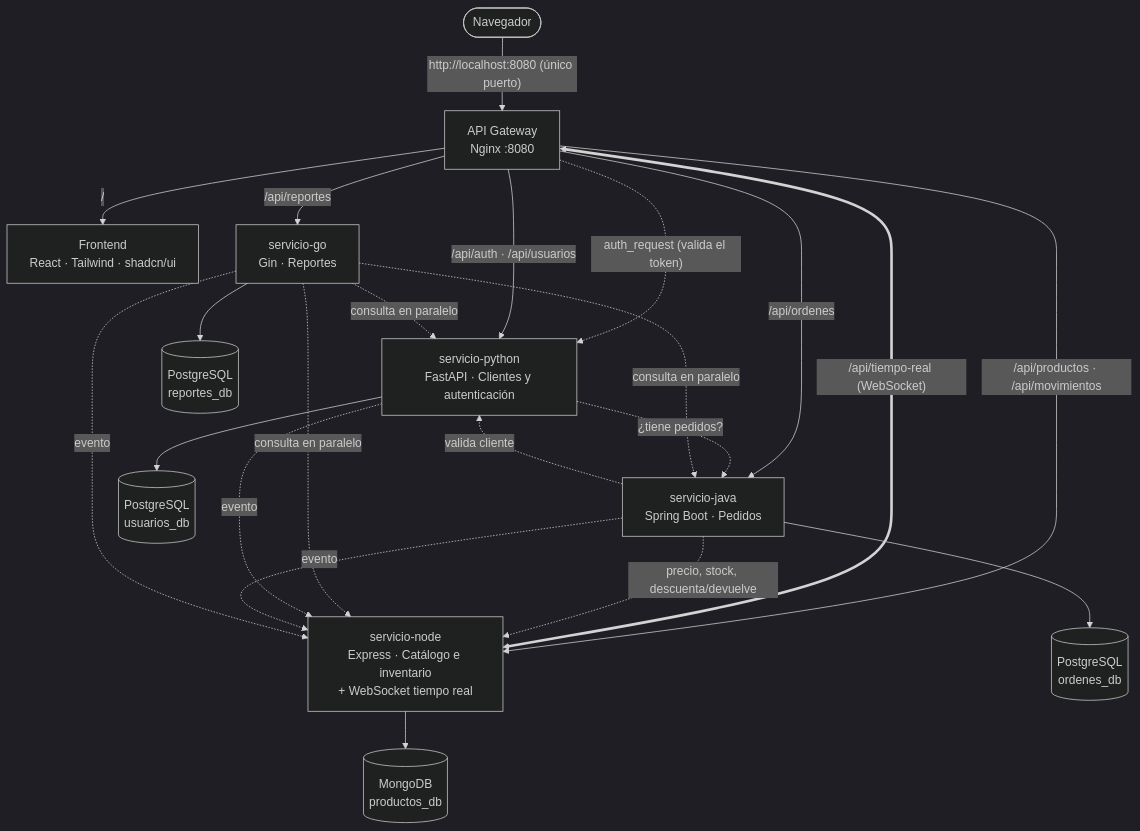
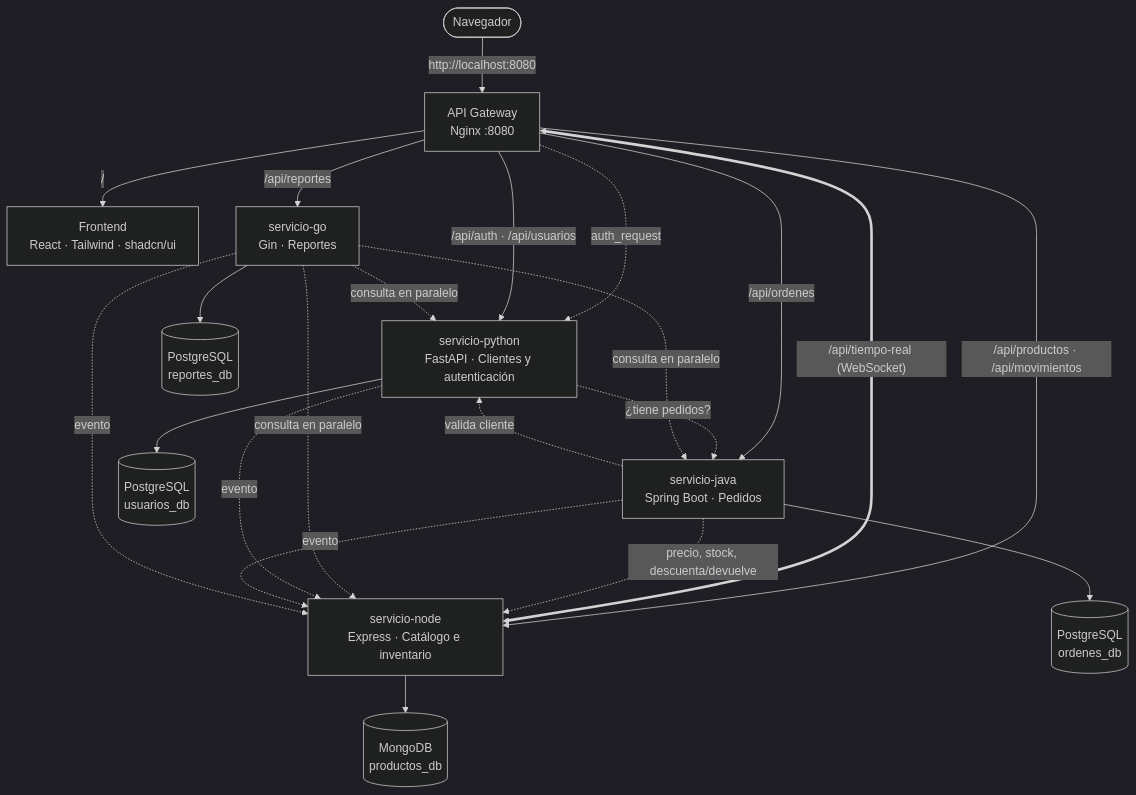
One commit to stvnalc/mercaujap-microservicios changed the diagram in README.md. Above: the diagram before and after it, drawn with Mermaid (dark theme). The commit also changed other lines of this file and 6 other files, not shown here.

````diff
--- a/README.md
+++ b/README.md
@@ -67,26 +51,26 @@
 ```mermaid
 flowchart TB
-    U([Navegador]) -->|"http://localhost:8080 (único puerto)"| GW[API Gateway<br/>Nginx :8080]
+    U([Navegador]) -->|"http://localhost:8080"| GW[API Gateway<br/>Nginx :8080]
     GW -->|/| FE[Frontend<br/>React · Tailwind · shadcn/ui]
-    GW -. "auth_request (valida el token)" .-> PY
+    GW -. "auth_request" .-> PY
     GW -->|/api/auth · /api/usuarios| PY[servicio-python<br/>FastAPI · Clientes y autenticación]
-    GW -->|/api/productos · /api/movimientos| ND[servicio-node<br/>Express · Catálogo e inventario<br/>+ WebSocket tiempo real]
+    GW -->|/api/productos · /api/movimientos| ND[servicio-node<br/>Express · Catálogo e inventario]
     GW <==>|"/api/tiempo-real (WebSocket)"| ND
     GW -->|/api/ordenes| JV[servicio-java<br/>Spring Boot · Pedidos]
     GW -->|/api/reportes| GO[servicio-go<br/>Gin · Reportes]
 
     JV -. valida cliente .-> PY
     JV -. "precio, stock, descuenta/devuelve" .-> ND
     PY -. "¿tiene pedidos?" .-> JV
     GO -. consulta en paralelo .-> PY
     GO -. consulta en paralelo .-> ND
     GO -. consulta en paralelo .-> JV
-    PY -. "evento" .-> ND
-    JV -. "evento" .-> ND
-    GO -. "evento" .-> ND
+    PY -. evento .-> ND
+    JV -. evento .-> ND
+    GO -. evento .-> ND
 
     PY --> PG[(PostgreSQL<br/>usuarios_db)]
     JV --> PG2[(PostgreSQL<br/>ordenes_db)]
     GO --> PG3[(PostgreSQL<br/>reportes_db)]
     ND --> MG[(MongoDB<br/>productos_db)]
 ```
````
